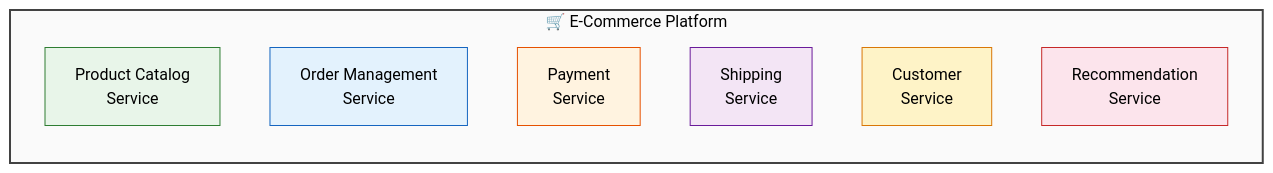
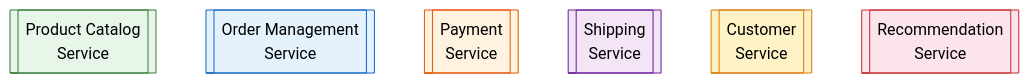
One commit to saivamsikaruturi/vamsilabs-dev-notes-main changed the second of 4 diagrams in docs/microservices/microservices.md. Above: the diagram before and after it, drawn with Mermaid. The commit also changed other lines of this file and 146 other files, not shown here.

Commit message:
Horizontal diagrams, UML class diagrams, typography overhaul, and permalink cleanup

````diff
--- a/docs/microservices/microservices.md
+++ b/docs/microservices/microservices.md
@@ -143,20 +167,12 @@
 ```mermaid
 flowchart LR
-    subgraph E-Commerce["🛒 E-Commerce Platform"]
-        direction TB
-        A["Product Catalog<br/>Service"] 
-        B["Order Management<br/>Service"]
-        C["Payment<br/>Service"]
-        D["Shipping<br/>Service"]
-        E["Customer<br/>Service"]
-        F["Recommendation<br/>Service"]
-    end
-    
+    A[["Product Catalog<br/>Service"]] ~~~ B[["Order Management<br/>Service"]] ~~~ C[["Payment<br/>Service"]]
+    C ~~~ D[["Shipping<br/>Service"]] ~~~ E[["Customer<br/>Service"]] ~~~ F[["Recommendation<br/>Service"]]
+
     style A fill:#E8F5E9,stroke:#2E7D32,color:#000
     style B fill:#E3F2FD,stroke:#1565C0,color:#000
     style C fill:#FFF3E0,stroke:#E65100,color:#000
     style D fill:#F3E5F5,stroke:#6A1B9A,color:#000
     style E fill:#FEF3C7,stroke:#D97706,color:#000
     style F fill:#FCE4EC,stroke:#C62828,color:#000
-    style E-Commerce fill:#FAFAFA,stroke:#424242,stroke-width:2px,color:#000
 ```
````
